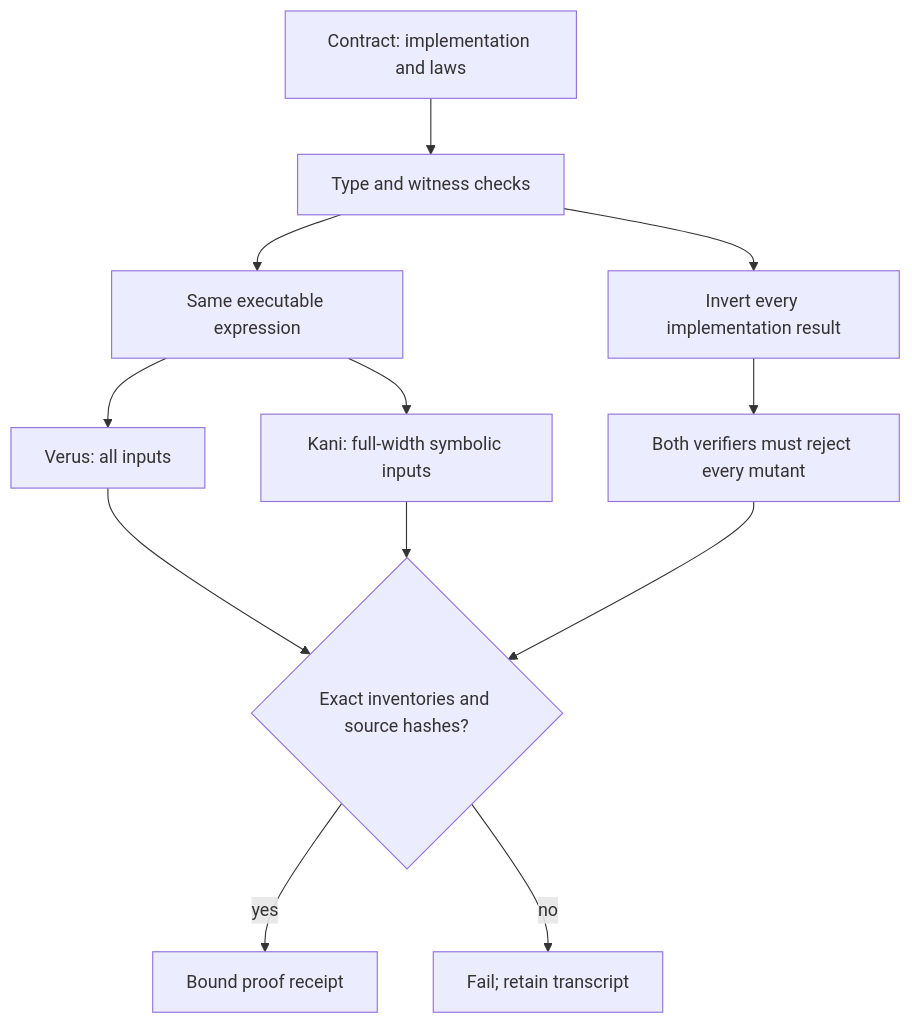
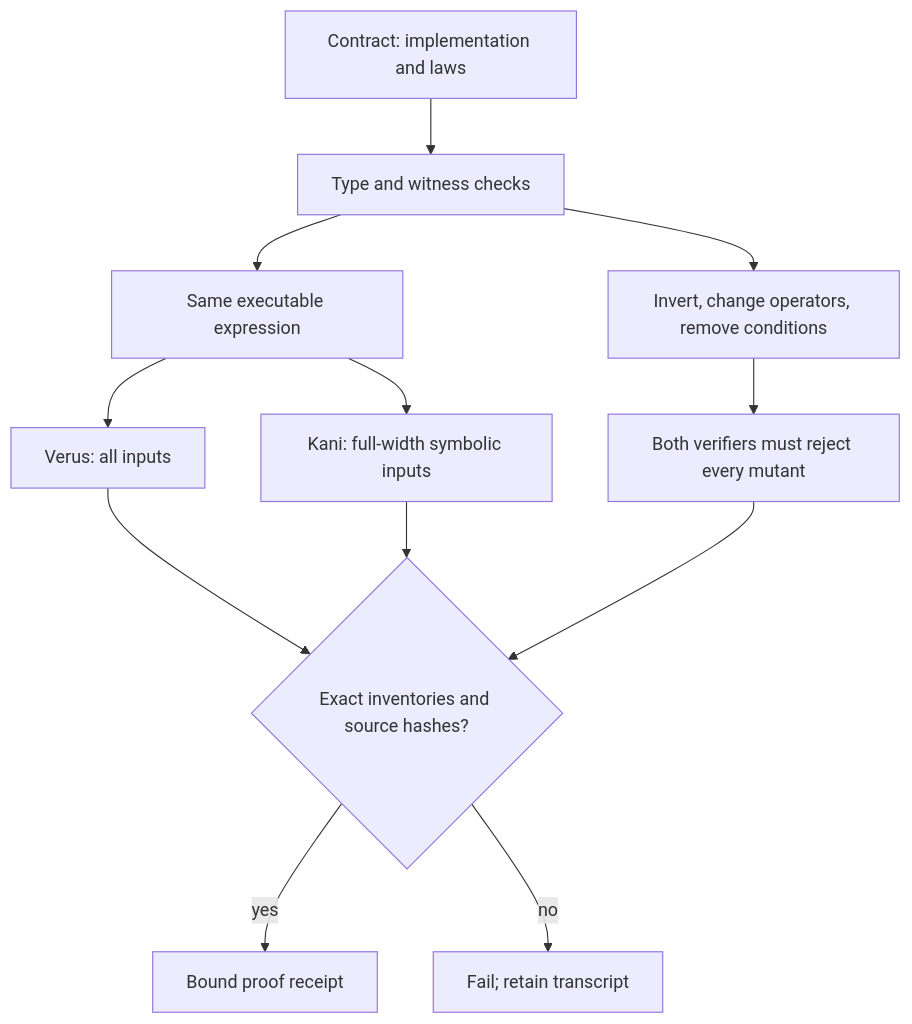
One commit to QuasarRay/datacenter-simulator changed the diagram in verification/README.md. Above: the diagram before and after it, drawn with Mermaid. The commit also changed other lines of this file and 7 other files, not shown here.

````diff
--- a/verification/README.md
+++ b/verification/README.md
@@ -26,14 +26,14 @@
 ```mermaid
 flowchart TD
   A["Contract: implementation and laws"] --> T["Type and witness checks"]
   T --> R["Same executable expression"]
   R --> V["Verus: all inputs"]
   R --> K["Kani: full-width symbolic inputs"]
-  T --> M["Invert every implementation result"]
+  T --> M["Invert, change operators, remove conditions"]
   M --> N["Both verifiers must reject every mutant"]
   V --> G{"Exact inventories and source hashes?"}
   K --> G
   N --> G
   G -->|yes| E["Bound proof receipt"]
   G -->|no| F["Fail; retain transcript"]
 ```
````
